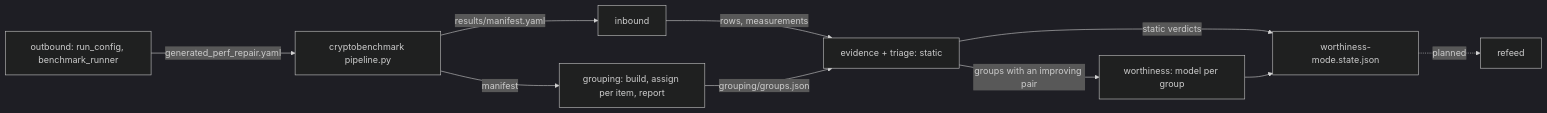
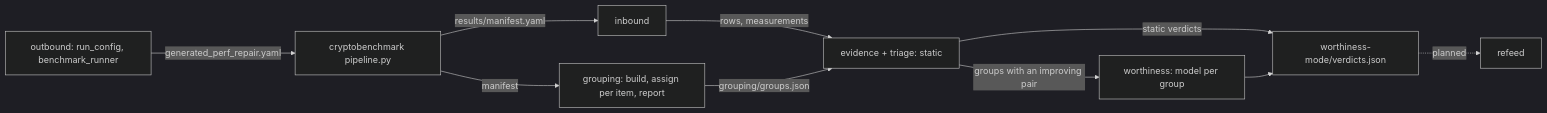
One commit to JuneKim0007/cryptobenchmark changed the diagram in docs/pipeline.md. Above: the diagram before and after it, drawn with Mermaid (dark theme). The commit also changed other lines of this file and 81 other files, not shown here.

````diff
--- a/docs/pipeline.md
+++ b/docs/pipeline.md
@@ -5,12 +5,12 @@
 ```mermaid
 flowchart LR
     O[outbound: run_config, benchmark_runner] -- generated_perf_repair.yaml --> B[cryptobenchmark pipeline.py]
     B -- results/manifest.yaml --> I[inbound]
     B -- manifest --> G[grouping: build, assign per item, report]
     I -- rows, measurements --> E[evidence + triage: static]
     G -- grouping/groups.json --> E
     E -- groups with an improving pair --> W[worthiness: model per group]
-    E -- static verdicts --> V[worthiness-mode.state.json]
+    E -- static verdicts --> V[worthiness-mode/verdicts.json]
     W --> V
     V -. planned .-> R[refeed]
 ```
````
